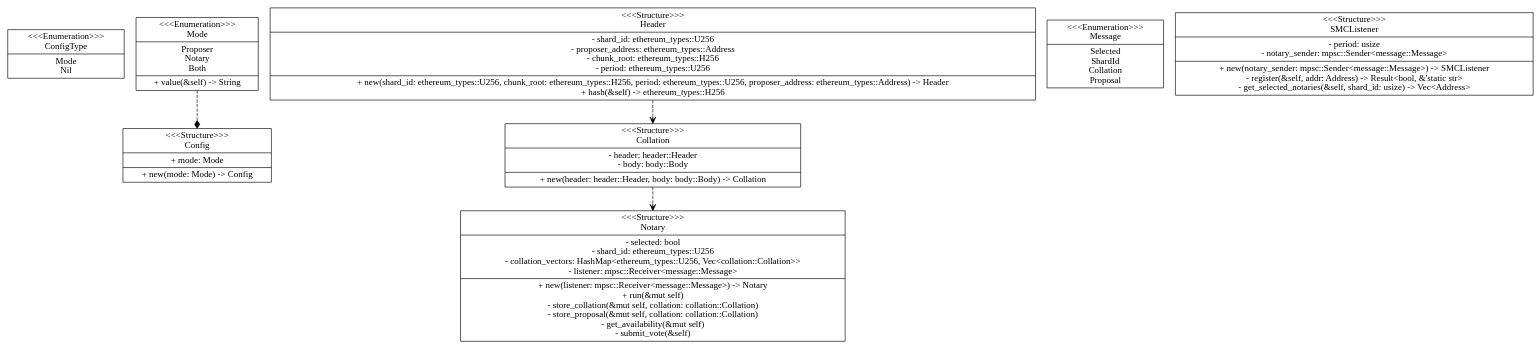
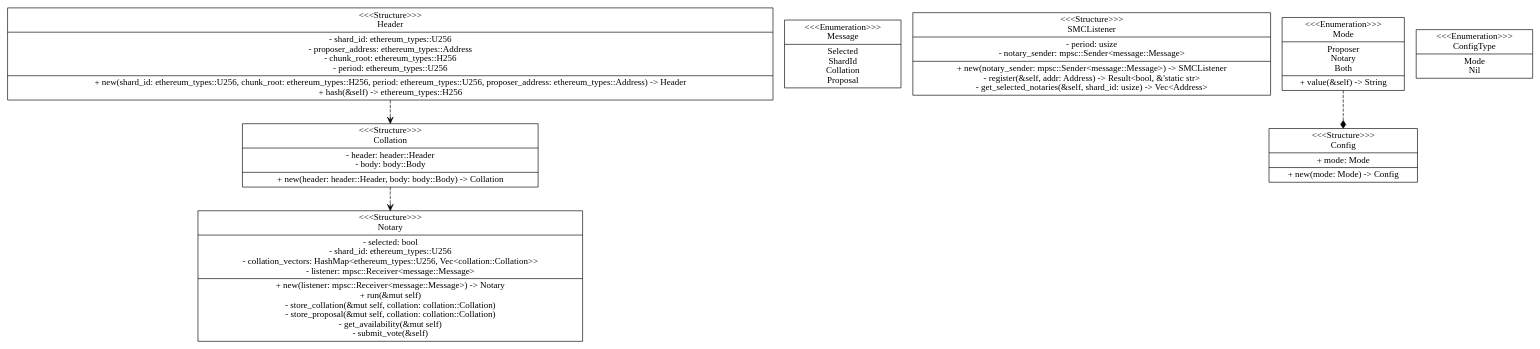
The diagram in diagrams/ml.dot (AyushyaChitransh/diamond_drops), drawn with Graphviz before and after one commit. The commit also changed other lines of this file and 5 other files, not shown here.

```diff
--- a/diagrams/ml.dot
+++ b/diagrams/ml.dot
@@ -1,13 +1,13 @@
 digraph ml {
-    ndConfigType[label="{&lt;&lt;&lt;Enumeration&gt;&gt;&gt;\nConfigType|Mode\nNil}"][shape="record"];
+    ndHeader[label="{&lt;&lt;&lt;Structure&gt;&gt;&gt;\nHeader|- shard_id: ethereum_types::U256\n- proposer_address: ethereum_types::Address\n- chunk_root: ethereum_types::H256\n- period: ethereum_types::U256|+ new(shard_id: ethereum_types::U256, chunk_root: ethereum_types::H256, period: ethereum_types::U256, proposer_address: ethereum_types::Address) -&gt; Header\n+ hash(&amp;self) -&gt; ethereum_types::H256}"][shape="record"];
+    ndCollation[label="{&lt;&lt;&lt;Structure&gt;&gt;&gt;\nCollation|- header: header::Header\n- body: body::Body|+ new(header: header::Header, body: body::Body) -&gt; Collation}"][shape="record"];
+    ndMessage[label="{&lt;&lt;&lt;Enumeration&gt;&gt;&gt;\nMessage|Selected\nShardId\nCollation\nProposal}"][shape="record"];
+    ndSMCListener[label="{&lt;&lt;&lt;Structure&gt;&gt;&gt;\nSMCListener|- period: usize\n- notary_sender: mpsc::Sender&lt;message::Message&gt;|+ new(notary_sender: mpsc::Sender&lt;message::Message&gt;) -&gt; SMCListener\n- register(&amp;self, addr: Address) -&gt; Result&lt;bool, &amp;\'static str&gt;\n- get_selected_notaries(&amp;self, shard_id: usize) -&gt; Vec&lt;Address&gt;}"][shape="record"];
+    ndNotary[label="{&lt;&lt;&lt;Structure&gt;&gt;&gt;\nNotary|- selected: bool\n- shard_id: ethereum_types::U256\n- collation_vectors: HashMap&lt;ethereum_types::U256, Vec&lt;collation::Collation&gt;&gt;\n- listener: mpsc::Receiver&lt;message::Message&gt;|+ new(listener: mpsc::Receiver&lt;message::Message&gt;) -&gt; Notary\n+ run(&amp;mut self)\n- store_collation(&amp;mut self, collation: collation::Collation)\n- store_proposal(&amp;mut self, collation: collation::Collation)\n- get_availability(&amp;mut self)\n- submit_vote(&amp;self)}"][shape="record"];
     ndMode[label="{&lt;&lt;&lt;Enumeration&gt;&gt;&gt;\nMode|Proposer\nNotary\nBoth|+ value(&amp;self) -&gt; String}"][shape="record"];
     ndConfig[label="{&lt;&lt;&lt;Structure&gt;&gt;&gt;\nConfig|+ mode: Mode|+ new(mode: Mode) -&gt; Config}"][shape="record"];
-    ndCollation[label="{&lt;&lt;&lt;Structure&gt;&gt;&gt;\nCollation|- header: header::Header\n- body: body::Body|+ new(header: header::Header, body: body::Body) -&gt; Collation}"][shape="record"];
-    ndHeader[label="{&lt;&lt;&lt;Structure&gt;&gt;&gt;\nHeader|- shard_id: ethereum_types::U256\n- proposer_address: ethereum_types::Address\n- chunk_root: ethereum_types::H256\n- period: ethereum_types::U256|+ new(shard_id: ethereum_types::U256, chunk_root: ethereum_types::H256, period: ethereum_types::U256, proposer_address: ethereum_types::Address) -&gt; Header\n+ hash(&amp;self) -&gt; ethereum_types::H256}"][shape="record"];
-    ndMessage[label="{&lt;&lt;&lt;Enumeration&gt;&gt;&gt;\nMessage|Selected\nShardId\nCollation\nProposal}"][shape="record"];
-    ndNotary[label="{&lt;&lt;&lt;Structure&gt;&gt;&gt;\nNotary|- selected: bool\n- shard_id: ethereum_types::U256\n- collation_vectors: HashMap&lt;ethereum_types::U256, Vec&lt;collation::Collation&gt;&gt;\n- listener: mpsc::Receiver&lt;message::Message&gt;|+ new(listener: mpsc::Receiver&lt;message::Message&gt;) -&gt; Notary\n+ run(&amp;mut self)\n- store_collation(&amp;mut self, collation: collation::Collation)\n- store_proposal(&amp;mut self, collation: collation::Collation)\n- get_availability(&amp;mut self)\n- submit_vote(&amp;self)}"][shape="record"];
-    ndSMCListener[label="{&lt;&lt;&lt;Structure&gt;&gt;&gt;\nSMCListener|- period: usize\n- notary_sender: mpsc::Sender&lt;message::Message&gt;|+ new(notary_sender: mpsc::Sender&lt;message::Message&gt;) -&gt; SMCListener\n- register(&amp;self, addr: Address) -&gt; Result&lt;bool, &amp;\'static str&gt;\n- get_selected_notaries(&amp;self, shard_id: usize) -&gt; Vec&lt;Address&gt;}"][shape="record"];
+    ndConfigType[label="{&lt;&lt;&lt;Enumeration&gt;&gt;&gt;\nConfigType|Mode\nNil}"][shape="record"];
+    ndHeader -> ndCollation[label=""][style="dashed"][arrowhead="vee"];
+    ndCollation -> ndNotary[label=""][style="dashed"][arrowhead="vee"];
     ndMode -> ndConfig[label=""][style="dashed"][arrowhead="diamond"];
-    ndCollation -> ndNotary[label=""][style="dashed"][arrowhead="vee"];
-    ndHeader -> ndCollation[label=""][style="dashed"][arrowhead="vee"];
 }
```
